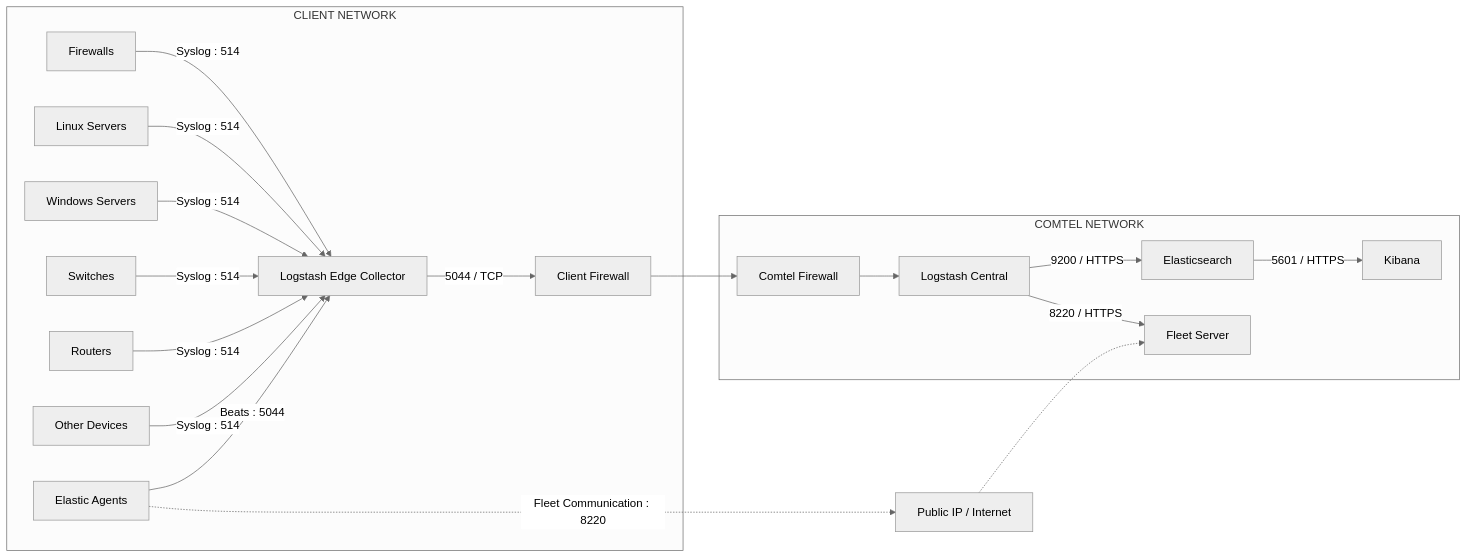
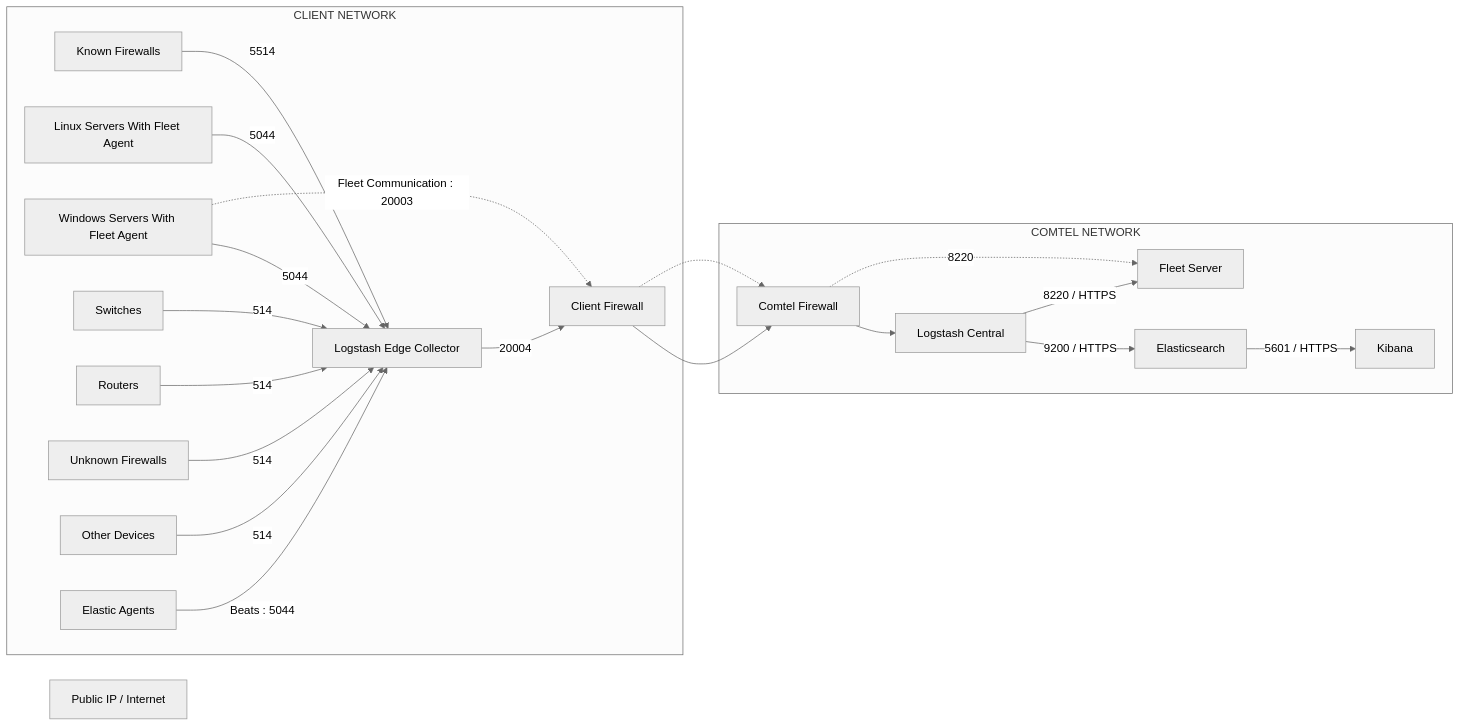
One commit to bhautik-comtel/ELK-config changed the diagram in README.md. Above: the diagram before and after it, drawn with Mermaid (neutral theme).

````diff
--- a/README.md
+++ b/README.md
@@ -20,68 +20,70 @@
 ```mermaid
 flowchart LR
 
 %% =========================
 %% CLIENT NETWORK
 %% =========================
 subgraph CLIENT["CLIENT NETWORK"]
 
-    FW["Firewalls"]
-    LNX["Linux Servers"]
-    WIN["Windows Servers"]
+    KFW["Known Firewalls"]
+    LNX["Linux Servers With Fleet Agent"]
+    WIN["Windows Servers With Fleet Agent"]
     SW["Switches"]
     RTR["Routers"]
+    FW["Unknown Firewalls"]
     OTH["Other Devices"]
 
     AGENT["Elastic Agents"]
 
     EDGE["Logstash Edge Collector"]
 
-    FW -- "Syslog : 514" --> EDGE
-    LNX -- "Syslog : 514" --> EDGE
-    WIN -- "Syslog : 514" --> EDGE
-    SW -- "Syslog : 514" --> EDGE
-    RTR -- "Syslog : 514" --> EDGE
-    OTH -- "Syslog : 514" --> EDGE
+    FW --  "514" --> EDGE
+    KFW -- "5514" --> EDGE
+    LNX -- "5044" --> EDGE
+    WIN -- "5044" --> EDGE
+    SW --  "514" --> EDGE
+    RTR -- "514" --> EDGE
+    OTH -- "514" --> EDGE
 
     AGENT -- "Beats : 5044" --> EDGE
 
     CFW["Client Firewall"]
 
-    EDGE -- "5044 / TCP" --> CFW
+    EDGE -- "20004" --> CFW
 end
 
 %% =========================
 %% WAN / INTERNET
 %% =========================
 
 INET["Public IP / Internet"]
 
 %% =========================
 %% COMTEL NETWORK
 %% =========================
 subgraph COMTEL["COMTEL NETWORK"]
 
     COMFW["Comtel Firewall"]
 
     CENTRAL["Logstash Central"]
 
     ES["Elasticsearch"]
 
     KB["Kibana"]
 
     FLEET["Fleet Server"]
 
     COMFW --> CENTRAL
 
     CENTRAL -- "9200 / HTTPS" --> ES
 
     ES -- "5601 / HTTPS" --> KB
 
     CENTRAL -- "8220 / HTTPS" --> FLEET
 end
 
 CFW --> COMFW
 
-AGENT -. "Fleet Communication : 8220" .-> INET
-INET -.-> FLEET
+WIN -. "Fleet Communication : 20003" .-> CFW
+CFW -.-> COMFW -."8220".-> FLEET
 ```
````
